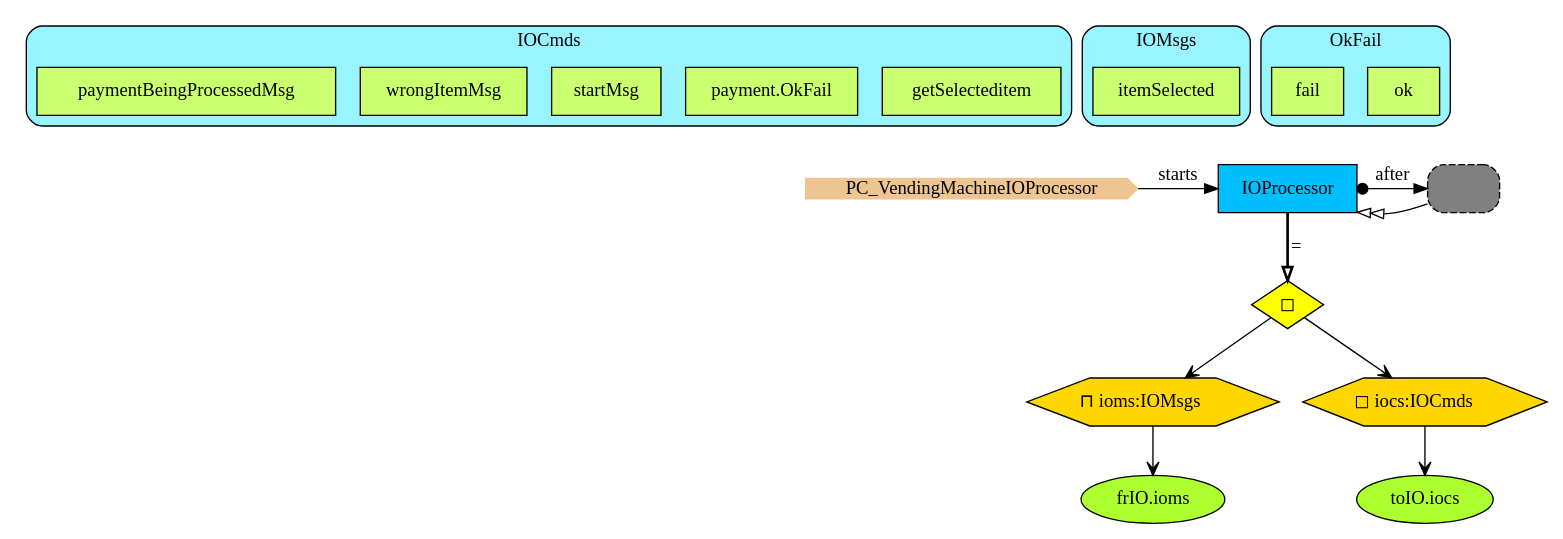
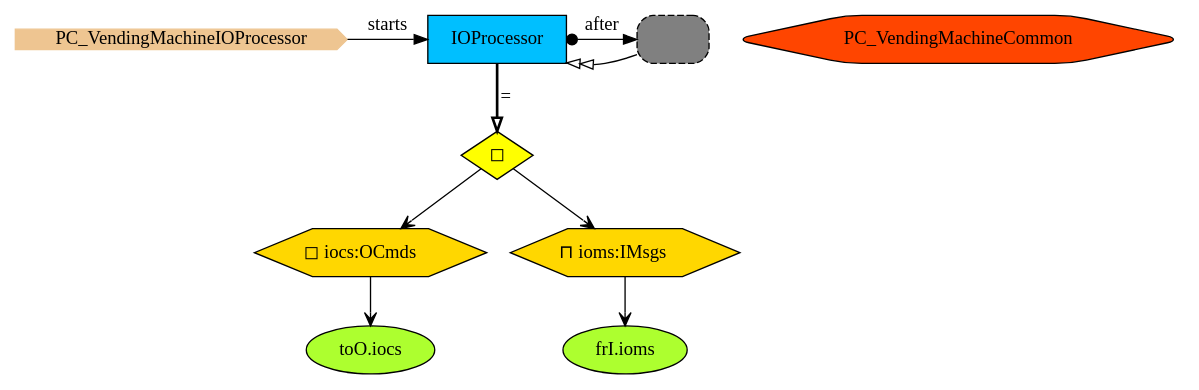
The diagram in Haskell/PCs/Examples/img/PC_VendingMachineIOProcessor.gv (namalio/Fragmenta), drawn with Graphviz before and after one commit. The commit also changed 100 other files, not shown here.

```diff
--- a/Haskell/PCs/Examples/img/PC_VendingMachineIOProcessor.gv
+++ b/Haskell/PCs/Examples/img/PC_VendingMachineIOProcessor.gv
@@ -1,51 +1,25 @@
 digraph {
-subgraph cluster_IOCmds {
-style="filled,rounded";
-label =IOCmds;
-fillcolor = cadetblue1;
-getSelecteditem[shape=box,fillcolor=darkolivegreen1,style="filled",label="getSelecteditem"];
-payment[shape=box,fillcolor=darkolivegreen1,style="filled",label="payment.OkFail"];
-startMsg[shape=box,fillcolor=darkolivegreen1,style="filled",label="startMsg"];
-wrongItemMsg[shape=box,fillcolor=darkolivegreen1,style="filled",label="wrongItemMsg"];
-paymentBeingProcessedMsg[shape=box,fillcolor=darkolivegreen1,style="filled",label="paymentBeingProcessedMsg"];
-}
 
-subgraph cluster_IOMsgs {
-style="filled,rounded";
-label =IOMsgs;
-fillcolor = cadetblue1;
-itemSelected[shape=box,fillcolor=darkolivegreen1,style="filled",label="itemSelected"];
-}
-
-subgraph cluster_OkFail {
-style="filled,rounded";
-label =OkFail;
-fillcolor = cadetblue1;
-ok[shape=box,fillcolor=darkolivegreen1,style="filled",label="ok"];
-fail[shape=box,fillcolor=darkolivegreen1,style="filled",label="fail"];
-}
-
-
-getSelecteditem->StartN_[style=invis]
 StartN_ [shape = cds,color=burlywood2,style=filled,height=.2,width=.2, label =PC_VendingMachineIOProcessor];
 
+VMCI [shape=hexagon,fillcolor=orangered,style="filled,rounded",label =PC_VendingMachineCommon];
+OpIOProcessor [shape=diamond,fillcolor=yellow,style=filled,label="◻︎"];
+O [shape=hexagon,fillcolor=gold1,style=filled,label=<◻︎ iocs:OCmds>];
+ao [shape=ellipse,fillcolor=greenyellow,style=filled,label="toO.iocs"];
+RefIOProcessor [shape=rectangle,fillcolor=gray,style="rounded,filled,dashed",label=""];
+ai [shape=ellipse,fillcolor=greenyellow,style=filled,label="frI.ioms"];
+I [shape=hexagon,fillcolor=gold1,style=filled,label=<⊓ ioms:IMsgs>];
 IOProcessor [shape=box,fillcolor=deepskyblue,style = filled,label="IOProcessor"];
-I [shape=hexagon,fillcolor=gold1,style=filled,label=<⊓ ioms:IOMsgs>];
-ai [shape=ellipse,fillcolor=greenyellow,style=filled,label="frIO.ioms"];
-RefIOProcessor [shape=rectangle,fillcolor=gray,style="rounded,filled,dashed",label=""];
-ao [shape=ellipse,fillcolor=greenyellow,style=filled,label="toIO.iocs"];
-O [shape=hexagon,fillcolor=gold1,style=filled,label=<◻︎ iocs:IOCmds>];
-OpIOProcessor [shape=diamond,fillcolor=yellow,style=filled,label="◻︎"];
 
 {rank=same;RefIOProcessor,IOProcessor}
 {rank=same;IOProcessor,StartN_}
 
 IOProcessor->RefIOProcessor[arrowtail=dot,dir=both,label="after"];
 O->ao[arrowhead="open"];
 OpIOProcessor->O[arrowhead="open"];
 OpIOProcessor->I[arrowhead="open"];
 I->ai[arrowhead="open"];
 RefIOProcessor->IOProcessor[arrowhead="normalnormal",fillcolor=white,label=" "];
 IOProcessor->OpIOProcessor[arrowhead="onormal",penwidth=2,label="="];
 StartN_->IOProcessor[label="starts"];
 }
```
